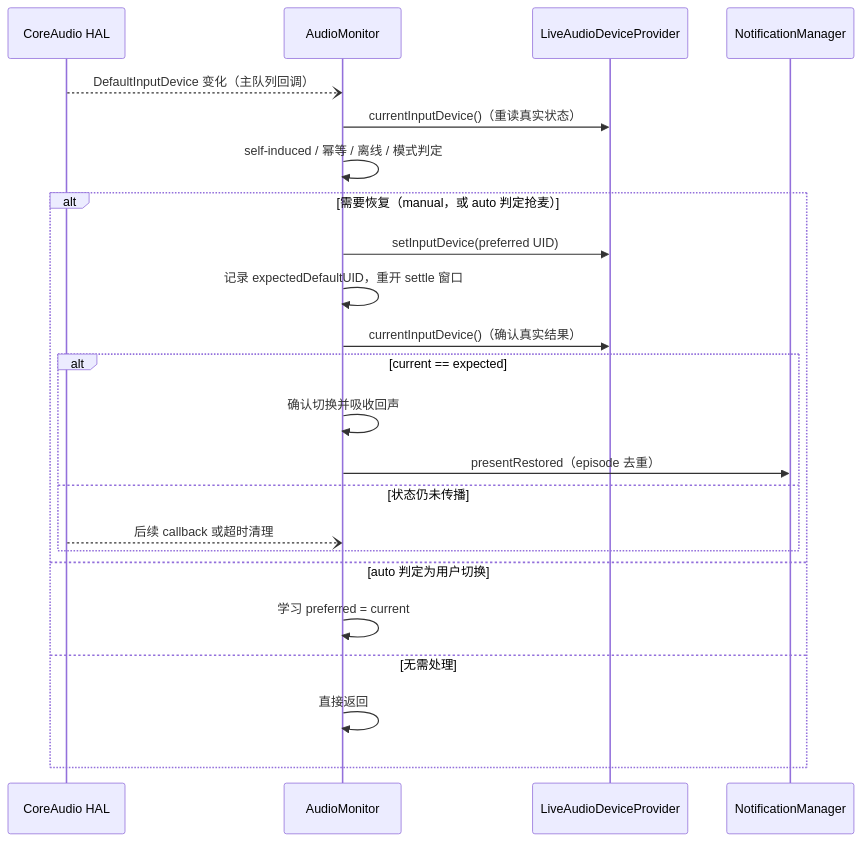
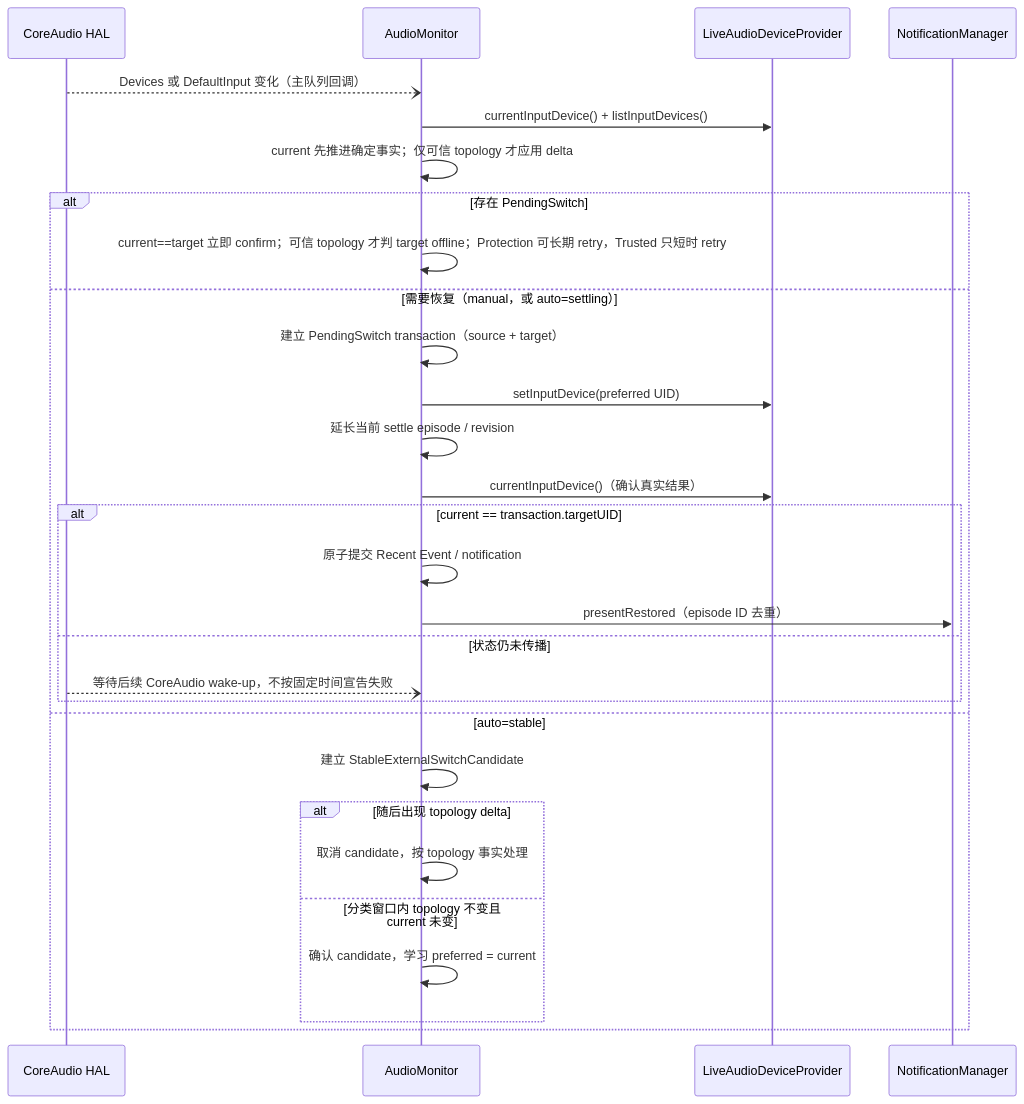
The second of 2 diagrams in docs/architecture.md (Forgo7ten/MicLock), drawn with Mermaid before and after one commit. The commit also changed other lines of this file and 10 other files, not shown here.

First line of the commit message:
refactor(auto): 重构 Auto Mode 状态机并完善 CoreAudio 切换处理 (#2)

````diff
--- a/docs/architecture.md
+++ b/docs/architecture.md
@@ -93,26 +97,32 @@
 ```mermaid
 sequenceDiagram
     participant HAL as CoreAudio HAL
     participant AM as AudioMonitor
     participant P as LiveAudioDeviceProvider
     participant N as NotificationManager
 
-    HAL--)AM: DefaultInputDevice 变化（主队列回调）
-    AM->>P: currentInputDevice()（重读真实状态）
-    AM->>AM: self-induced / 幂等 / 离线 / 模式判定
-    alt 需要恢复（manual，或 auto 判定抢麦）
+    HAL--)AM: Devices 或 DefaultInput 变化（主队列回调）
+    AM->>P: currentInputDevice() + listInputDevices()
+    AM->>AM: current 先推进确定事实；仅可信 topology 才应用 delta
+    alt 存在 PendingSwitch
+        AM->>AM: current==target 立即 confirm；可信 topology 才判 target offline；Protection 可长期 retry，Trusted 只短时 retry
+    else 需要恢复（manual，或 auto=settling）
+        AM->>AM: 建立 PendingSwitch transaction（source + target）
         AM->>P: setInputDevice(preferred UID)
-        AM->>AM: 记录 expectedDefaultUID，重开 settle 窗口
+        AM->>AM: 延长当前 settle episode / revision
         AM->>P: currentInputDevice()（确认真实结果）
-        alt current == expected
-            AM->>AM: 确认切换并吸收回声
-            AM->>N: presentRestored（episode 去重）
+        alt current == transaction.targetUID
+            AM->>AM: 原子提交 Recent Event / notification
+            AM->>N: presentRestored（episode ID 去重）
         else 状态仍未传播
-            HAL--)AM: 后续 callback 或超时清理
+            HAL--)AM: 等待后续 CoreAudio wake-up，不按固定时间宣告失败
         end
-    else auto 判定为用户切换
-        AM->>AM: 学习 preferred = current
-    else 无需处理
-        AM->>AM: 直接返回
+    else auto=stable
+        AM->>AM: 建立 StableExternalSwitchCandidate
+        alt 随后出现 topology delta
+            AM->>AM: 取消 candidate，按 topology 事实处理
+        else 分类窗口内 topology 不变且 current 未变
+            AM->>AM: 确认 candidate，学习 preferred = current
+        end
     end
 ```
````
